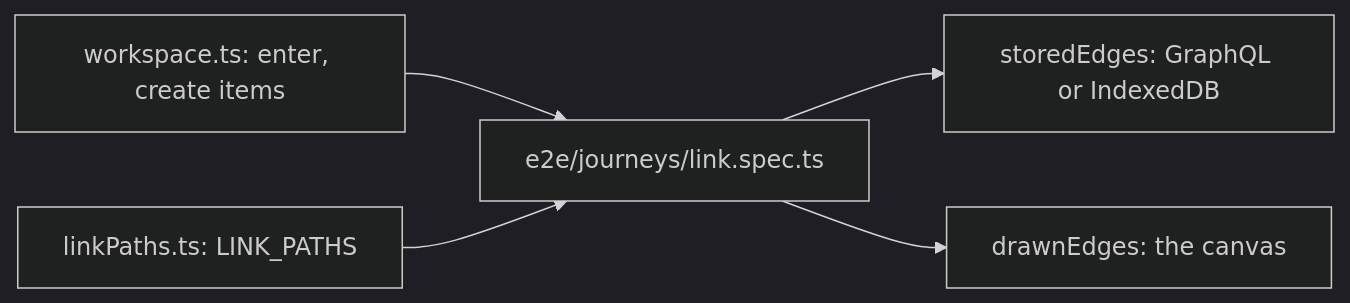
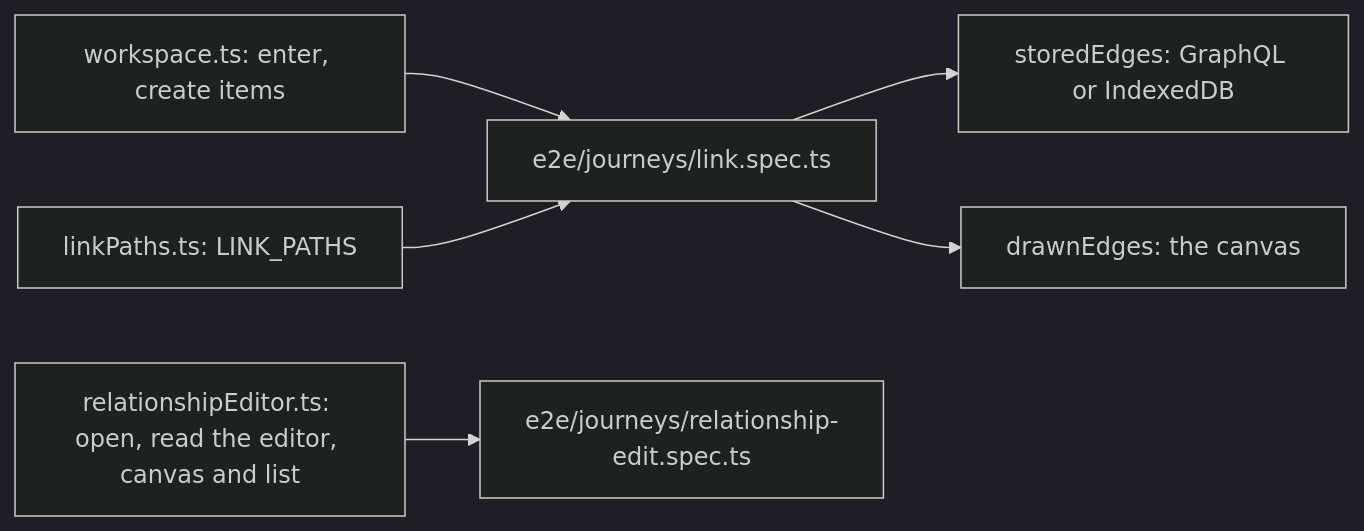
Before and after one commit to GraphDone/GraphDone-Core: the diagram in tests/lib/journeys/README.md, drawn with Mermaid (dark theme). The commit also changed other lines of this file and 7 other files, not shown here.

First line of the commit message:
test: relationship edit journey on every device and backend (#262)

````diff
--- a/tests/lib/journeys/README.md
+++ b/tests/lib/journeys/README.md
@@ -8,7 +8,8 @@
 ```mermaid
 flowchart LR
   ws["workspace.ts: enter, create items"] --> spec["e2e/journeys/link.spec.ts"]
   lp["linkPaths.ts: LINK_PATHS"] --> spec
+  re["relationshipEditor.ts: open, read the editor, canvas and list"] --> rspec["e2e/journeys/relationship-edit.spec.ts"]
   spec --> saved["storedEdges: GraphQL or IndexedDB"]
   spec --> drawn["drawnEdges: the canvas"]
 ```
````
